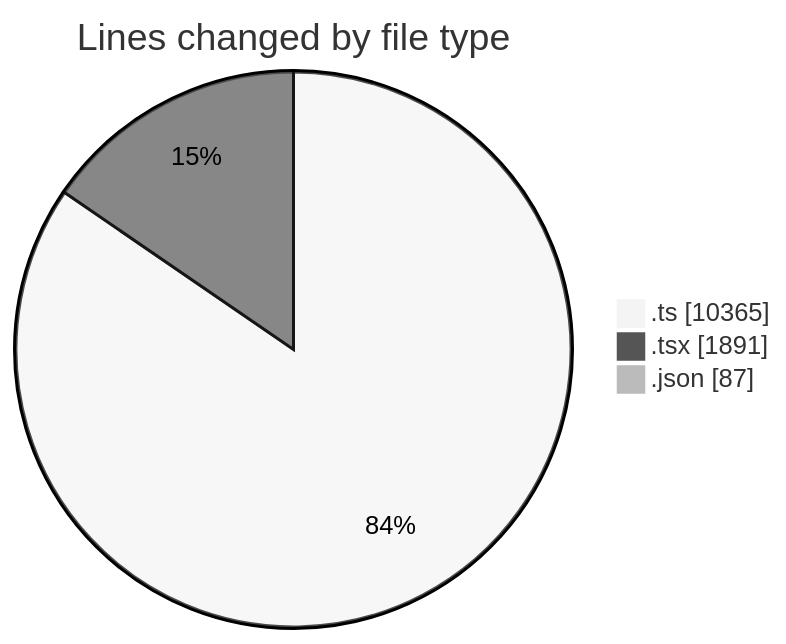
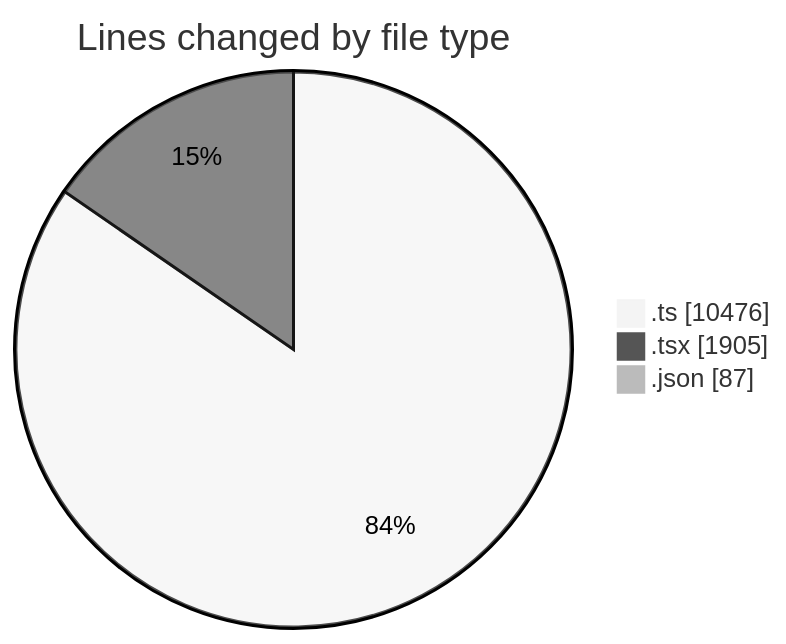
Before and after one commit to momahboobian/code-tracking: the first of 2 diagrams in 2025-07-14/cda/README.md, drawn with Mermaid (neutral theme). The commit also changed other lines of this file and 1 other file, not shown here.

````diff
--- a/2025-07-14/cda/README.md
+++ b/2025-07-14/cda/README.md
@@ -29,7 +29,7 @@
 ```mermaid
 pie showData
 title Lines changed by file type
-".ts" : 10365
-".tsx" : 1891
+".ts" : 10476
+".tsx" : 1905
 ".json" : 87
 ```
````
